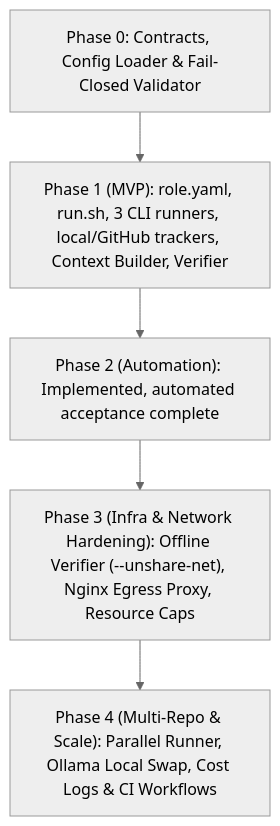
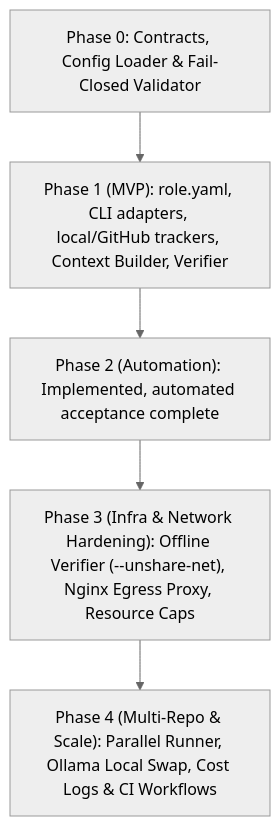
The diagram in docs/implementation_plan.md (islam-kamel/software_factory), drawn with Mermaid (neutral theme) before and after one commit. The commit also changed other lines of this file and 39 other files, not shown here.

````diff
--- a/docs/implementation_plan.md
+++ b/docs/implementation_plan.md
@@ -23,10 +23,10 @@
 ```mermaid
 flowchart TB
     P0["Phase 0: Contracts, Config Loader & Fail-Closed Validator"]
-    P1["Phase 1 (MVP): role.yaml, run.sh, 3 CLI runners, local/GitHub trackers, Context Builder, Verifier"]
+    P1["Phase 1 (MVP): role.yaml, CLI adapters, local/GitHub trackers, Context Builder, Verifier"]
     P2["Phase 2 (Automation): Implemented, automated acceptance complete"]
     P3["Phase 3 (Infra & Network Hardening): Offline Verifier (--unshare-net), Nginx Egress Proxy, Resource Caps"]
     P4["Phase 4 (Multi-Repo & Scale): Parallel Runner, Ollama Local Swap, Cost Logs & CI Workflows"]
 
     P0 --> P1 --> P2 --> P3 --> P4
 ```
````
